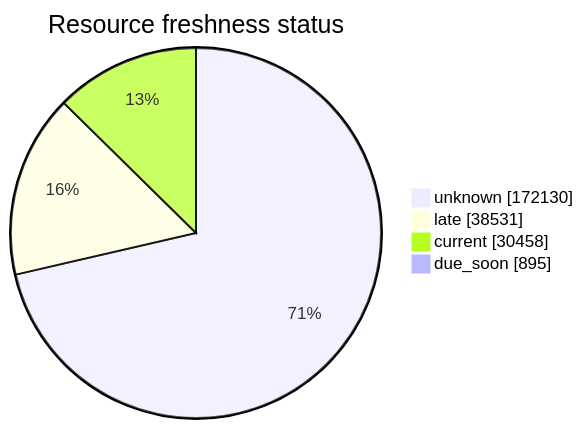
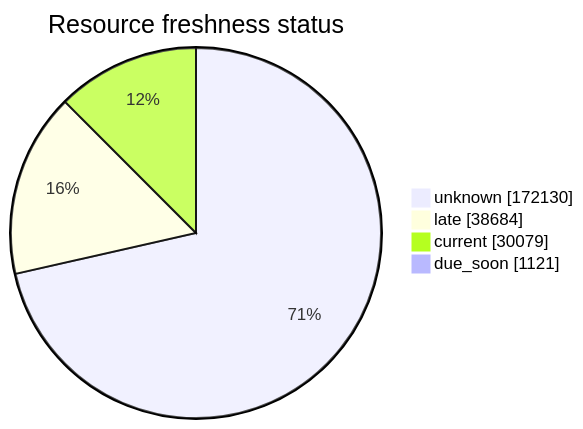
The third of 5 diagrams in FreshCheck/README.md (open-data/analytics-corporate-reporting), drawn with Mermaid before and after one commit. The commit also changed other lines of this file and 3 other files, not shown here.

````diff
--- a/FreshCheck/README.md
+++ b/FreshCheck/README.md
@@ -77,7 +77,7 @@
 ```mermaid
 pie showData title Resource freshness status
     "unknown": 172130
-    "late": 38531
-    "current": 30458
-    "due_soon": 895
+    "late": 38684
+    "current": 30079
+    "due_soon": 1121
 ```
````
